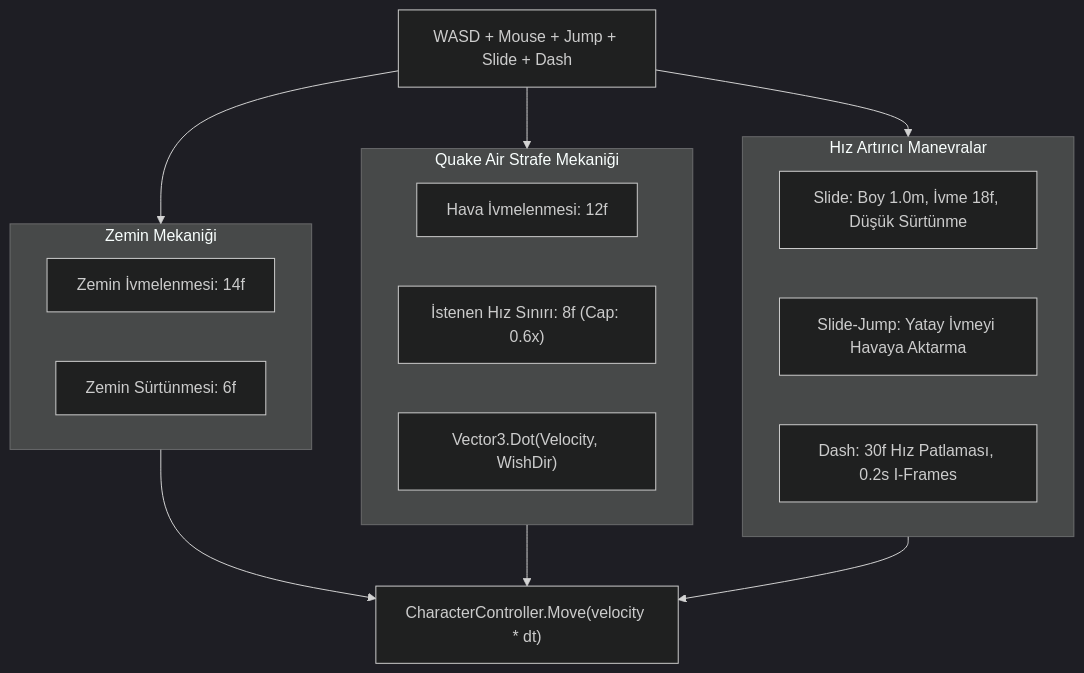
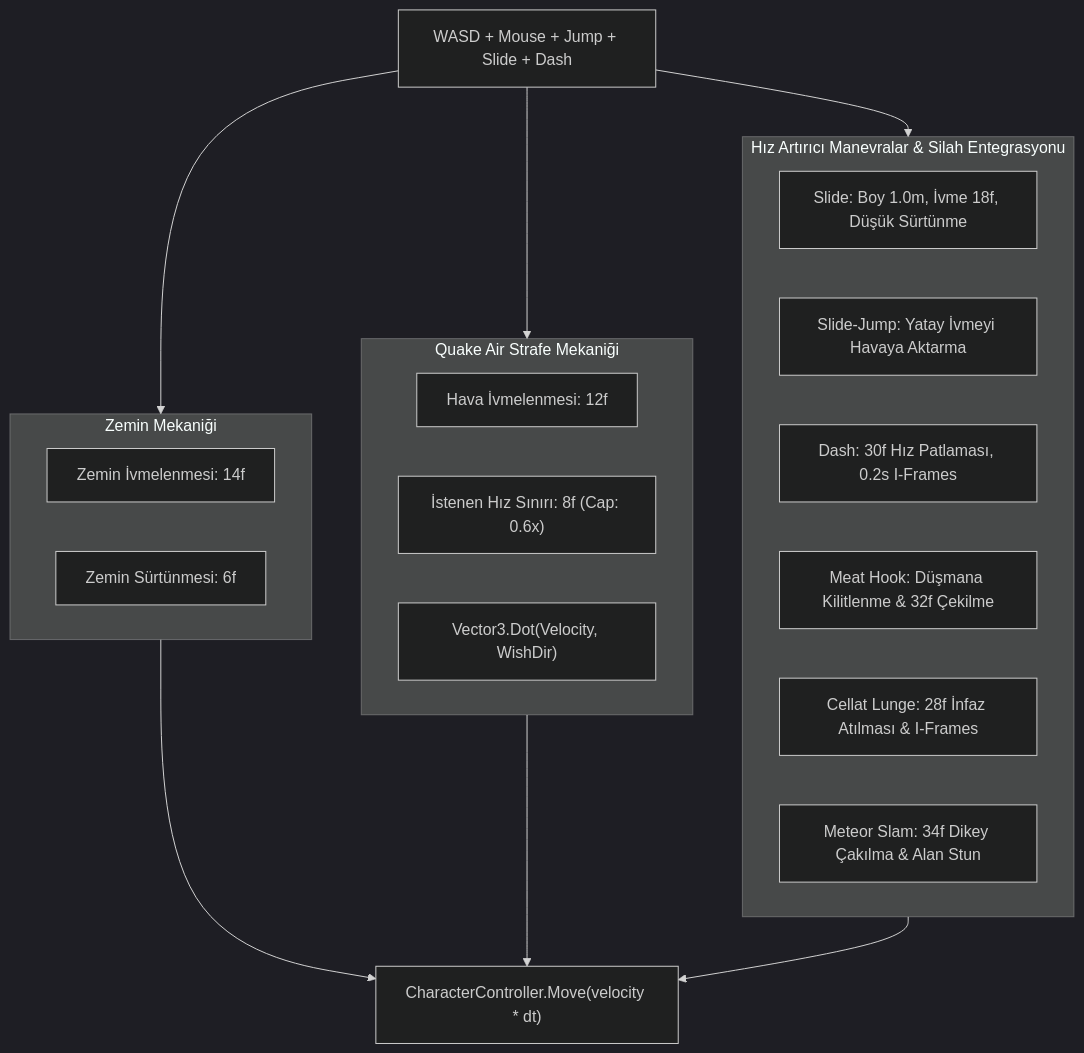
One commit to HazmaK/Graduation-Project changed the diagram in documentation/retro-fps/PlayerMovementArchitecture.md. Above: the diagram before and after it, drawn with Mermaid (dark theme). The commit also changed other lines of this file and 18 other files, not shown here.

````diff
--- a/documentation/retro-fps/PlayerMovementArchitecture.md
+++ b/documentation/retro-fps/PlayerMovementArchitecture.md
@@ -23,26 +23,29 @@
 ```mermaid
 flowchart TD
     Girdi["WASD + Mouse + Jump + Slide + Dash"]
     
     subgraph ZEMIN_FIZIGI["Zemin Mekaniği"]
         Acc["Zemin İvmelenmesi: 14f"]
         Fric["Zemin Sürtünmesi: 6f"]
     end
     
     subgraph HAVA_FIZIGI["Quake Air Strafe Mekaniği"]
         AirAcc["Hava İvmelenmesi: 12f"]
         WishSpeed["İstenen Hız Sınırı: 8f (Cap: 0.6x)"]
         DotProduct["Vector3.Dot(Velocity, WishDir)"]
     end
     
-    subgraph AKROBASI["Hız Artırıcı Manevralar"]
+    subgraph AKROBASI["Hız Artırıcı Manevralar & Silah Entegrasyonu"]
         Slide["Slide: Boy 1.0m, İvme 18f, Düşük Sürtünme"]
         SlideJump["Slide-Jump: Yatay İvmeyi Havaya Aktarma"]
         Dash["Dash: 30f Hız Patlaması, 0.2s I-Frames"]
+        Hook["Meat Hook: Düşmana Kilitlenme & 32f Çekilme"]
+        Lunge["Cellat Lunge: 28f İnfaz Atılması & I-Frames"]
+        Slam["Meteor Slam: 34f Dikey Çakılma & Alan Stun"]
     end
     
     Girdi --> ZEMIN_FIZIGI & HAVA_FIZIGI & AKROBASI
     ZEMIN_FIZIGI --> SonucHiz["CharacterController.Move(velocity * dt)"]
     HAVA_FIZIGI --> SonucHiz
     AKROBASI --> SonucHiz
 ```
````
